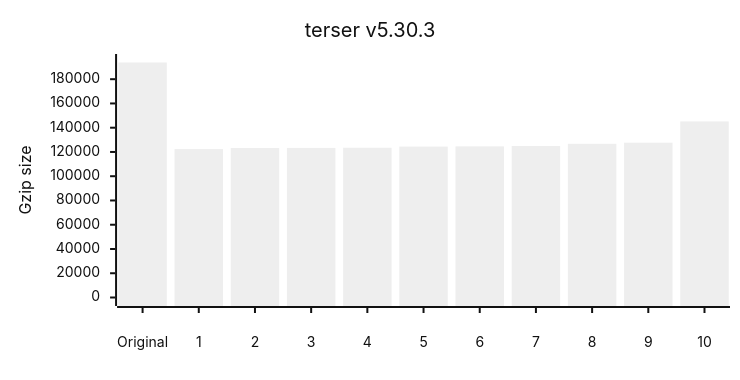
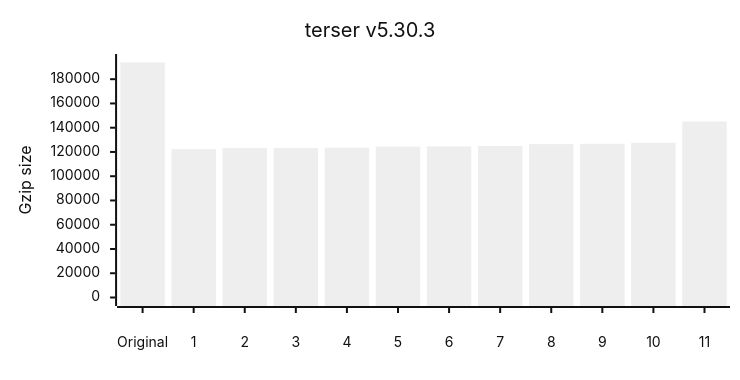
Before and after one commit to privatenumber/minification-benchmarks: the seventh of 12 diagrams in README.md, drawn with Mermaid (neutral theme). The commit also changed other lines of this file and 1 other file, not shown here.

````diff
--- a/README.md
+++ b/README.md
@@ -317,17 +317,17 @@
 ```mermaid
 ---
 config:
     xyChart:
         width: 720
         height: 360
         xAxis:
             labelPadding: 20
         yAxis:
             labelPadding: 10
 ---
 xychart-beta
 	title "terser v5.30.3"
-	x-axis ["Original",1,2,3,4,5,6,7,8,9,10]
+	x-axis ["Original",1,2,3,4,5,6,7,8,9,10,11]
 	y-axis "Gzip size" 0 --> 193763
-	bar [193763,122353,123291,123334,123490,124428,124609,124885,126707,127653,145178]
+	bar [193763,122353,123291,123334,123490,124428,124609,124885,126454,126707,127653,145178]
 ```
````
